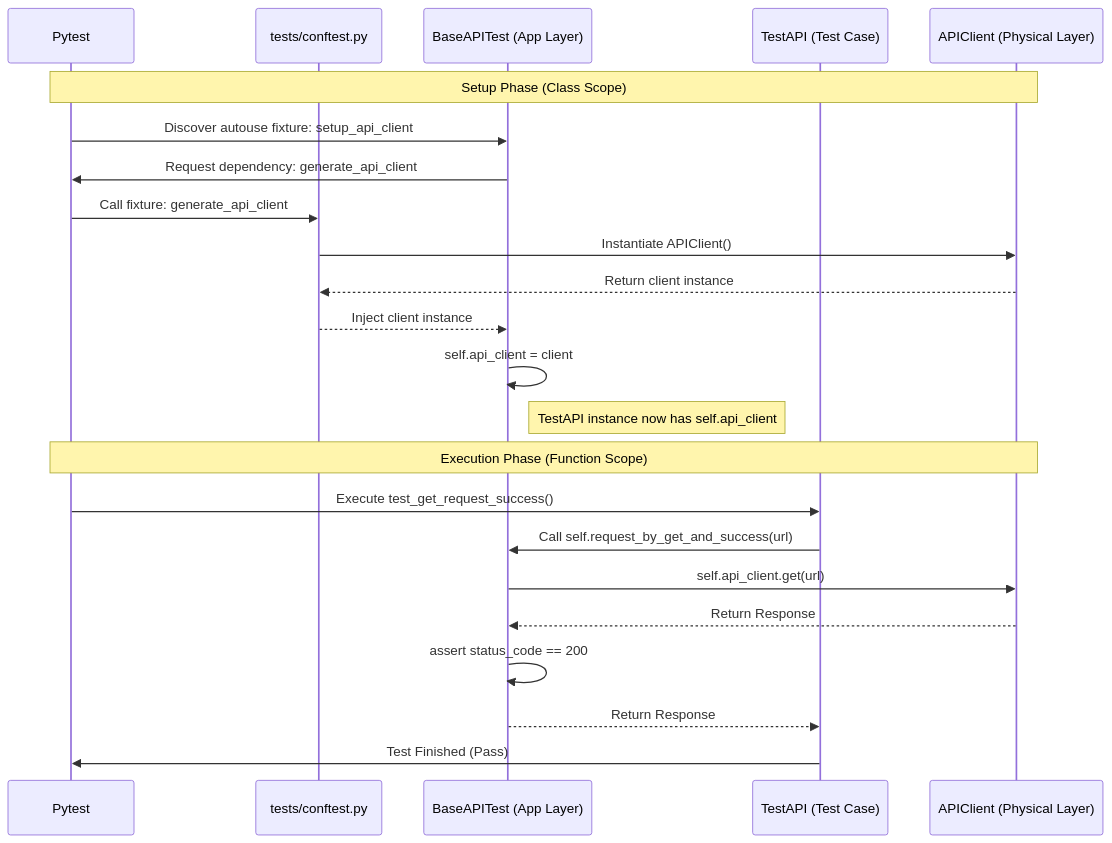
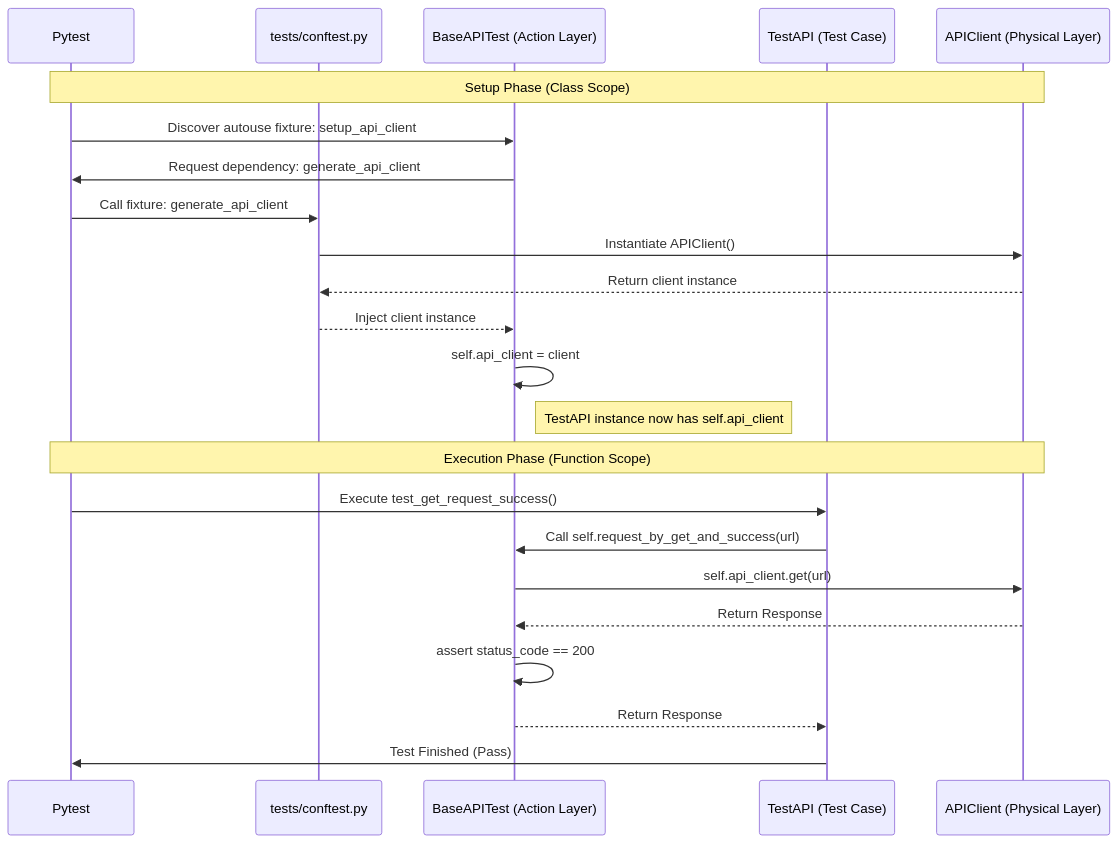
The diagram in docs/diagram_en.mmd (gigayaya/declarative-action-architecture-demo), drawn with Mermaid before and after one commit. The commit also changed 1 other file, not shown here.

```diff
--- a/docs/diagram_en.mmd
+++ b/docs/diagram_en.mmd
@@ -1,29 +1,29 @@
 sequenceDiagram
     participant Pytest
     participant Conftest as tests/conftest.py
-    participant Base as BaseAPITest (App Layer)
+    participant Base as BaseAPITest (Action Layer)
     participant Test as TestAPI (Test Case)
     participant Client as APIClient (Physical Layer)
 
     Note over Pytest, Client: Setup Phase (Class Scope)
 
     Pytest->>Base: Discover autouse fixture: setup_api_client
     Base->>Pytest: Request dependency: generate_api_client
     Pytest->>Conftest: Call fixture: generate_api_client
     Conftest->>Client: Instantiate APIClient()
     Client-->>Conftest: Return client instance
     Conftest-->>Base: Inject client instance
     Base->>Base: self.api_client = client
     Note right of Base: TestAPI instance now has self.api_client
 
     Note over Pytest, Client: Execution Phase (Function Scope)
 
     Pytest->>Test: Execute test_get_request_success()
     Test->>Base: Call self.request_by_get_and_success(url)
     
     Base->>Client: self.api_client.get(url)
     Client-->>Base: Return Response
     Base->>Base: assert status_code == 200
     Base-->>Test: Return Response
 
     Test->>Pytest: Test Finished (Pass)
```
